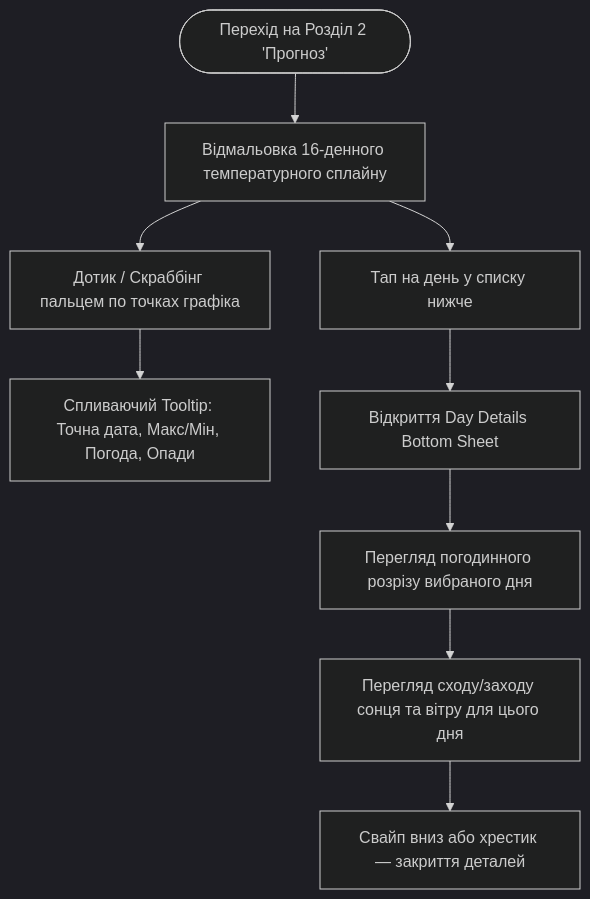
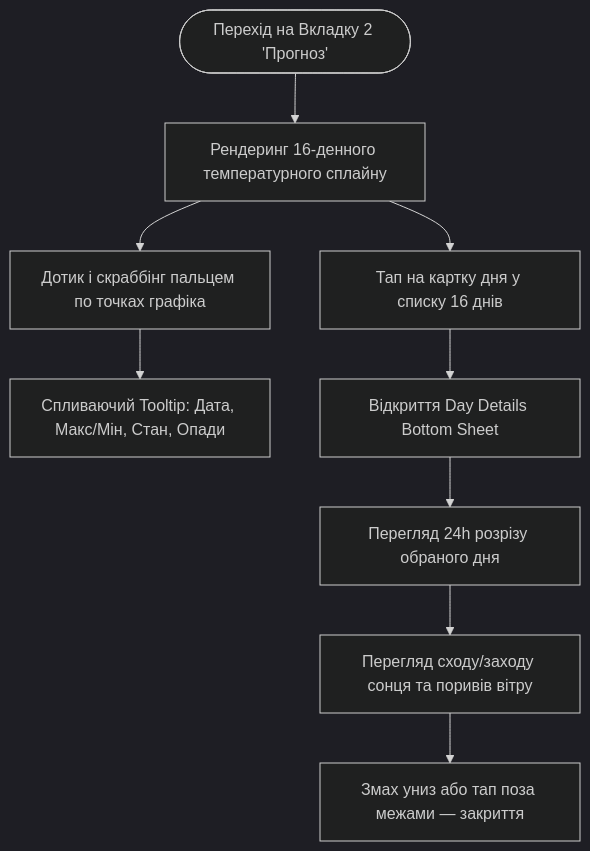
The fifth of 10 diagrams in docs/ux/USER_FLOWS.md (SaVoJ13/wather), drawn with Mermaid (dark theme) before and after one commit. The commit also changed other lines of this file and 10 other files, not shown here.

````diff
--- a/docs/ux/USER_FLOWS.md
+++ b/docs/ux/USER_FLOWS.md
@@ -278,12 +309,12 @@
 ```mermaid
 flowchart TD
-    NavForecast([Перехід на Розділ 2 'Прогноз']) --> RenderSpline[Відмальовка 16-денного температурного сплайну]
-    RenderSpline --> TouchChart[Дотик / Скраббінг пальцем по точках графіка]
-    TouchChart --> ShowTooltip[Спливаючий Tooltip: Точна дата, Макс/Мін, Погода, Опади]
+    NavForecast([Перехід на Вкладку 2 'Прогноз']) --> RenderSpline[Рендеринг 16-денного температурного сплайну]
+    RenderSpline --> TouchChart[Дотик і скраббінг пальцем по точках графіка]
+    TouchChart --> ShowTooltip[Спливаючий Tooltip: Дата, Макс/Мін, Стан, Опади]
     
-    RenderSpline --> TapDayRow[Тап на день у списку нижче]
+    RenderSpline --> TapDayRow[Тап на картку дня у списку 16 днів]
     TapDayRow --> OpenSheet[Відкриття Day Details Bottom Sheet]
-    OpenSheet --> InspectHourlies[Перегляд погодинного розрізу вибраного дня]
-    InspectHourlies --> InspectAstro[Перегляд сходу/заходу сонця та вітру для цього дня]
-    InspectAstro --> CloseSheet[Свайп вниз або хрестик — закриття деталей]
+    OpenSheet --> InspectHourlies[Перегляд 24h розрізу обраного дня]
+    InspectHourlies --> InspectAstro[Перегляд сходу/заходу сонця та поривів вітру]
+    InspectAstro --> CloseSheet[Змах униз або тап поза межами — закриття]
 ```
````
